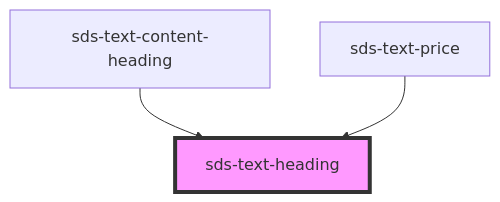
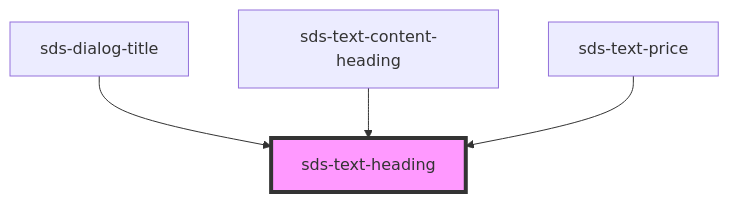
One commit to chodgesfigma/sds-mono changed the diagram in packages/sds-web-components/src/ui/primitives/Text/sds-text-heading/readme.md. Above: the diagram before and after it, drawn with Mermaid. The commit also changed other lines of this file and 29 other files, not shown here.

````diff
--- a/packages/sds-web-components/src/ui/primitives/Text/sds-text-heading/readme.md
+++ b/packages/sds-web-components/src/ui/primitives/Text/sds-text-heading/readme.md
@@ -21,6 +22,7 @@
 ```mermaid
 graph TD;
+  sds-dialog-title --> sds-text-heading
   sds-text-content-heading --> sds-text-heading
   sds-text-price --> sds-text-heading
   style sds-text-heading fill:#f9f,stroke:#333,stroke-width:4px
 ```
````
